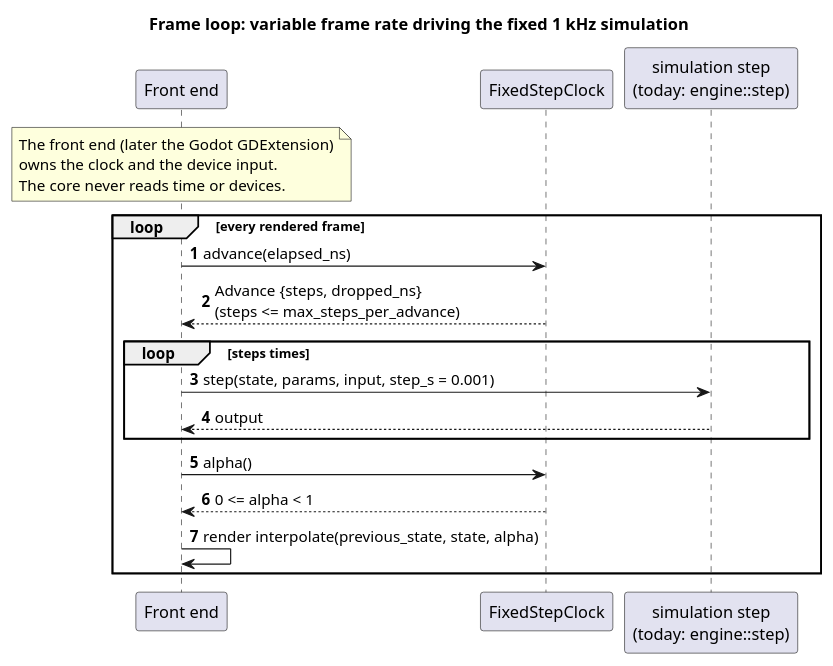
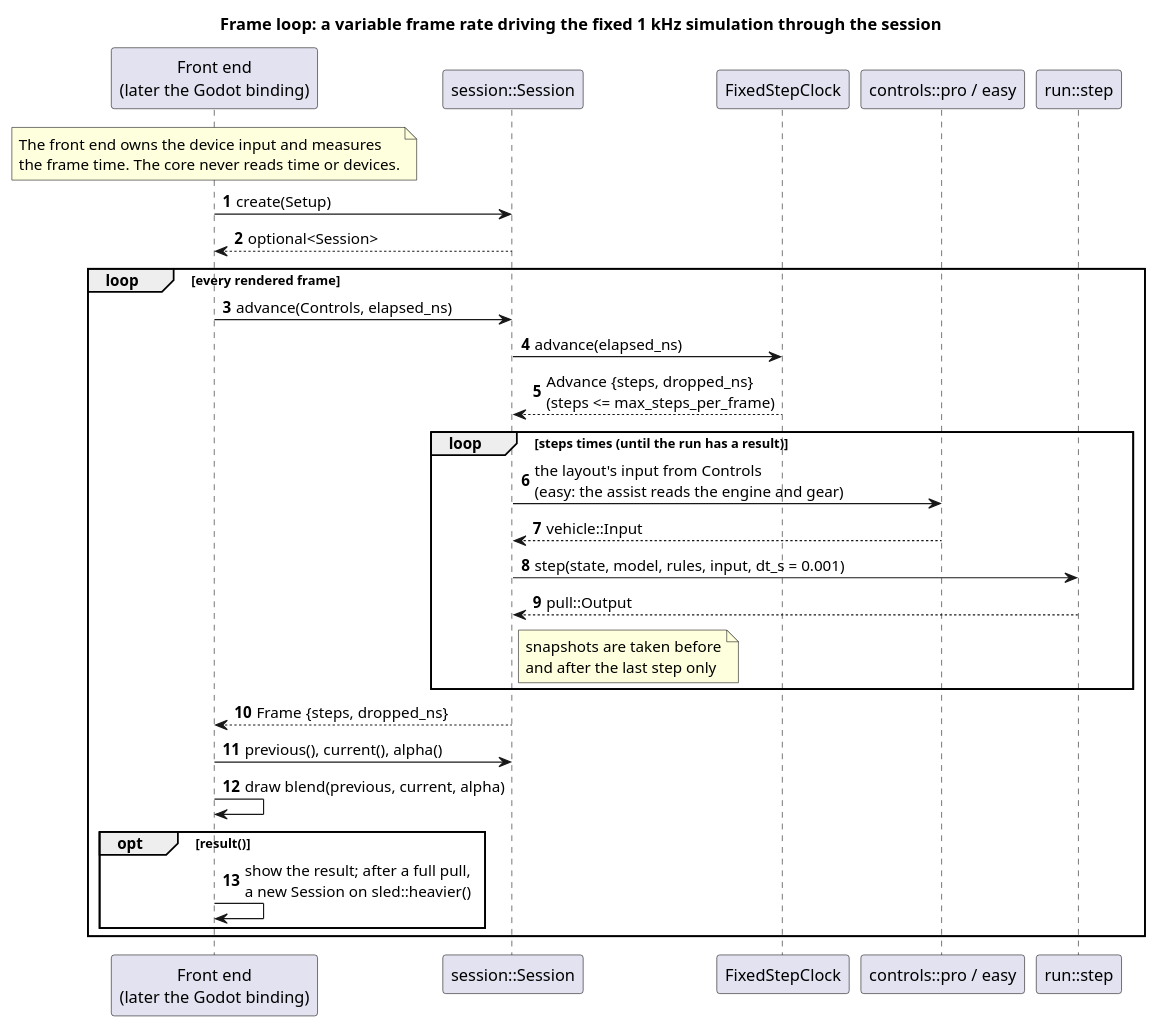
One commit to wversteeg/TractorPulling changed the diagram in docs/diagrams/frame_loop_sequence.puml. Above: the diagram before and after it, drawn with PlantUML. The commit also changed 7 other files, not shown here.

First line of the commit message:
Document the session and loading through the game

```diff
--- a/docs/diagrams/frame_loop_sequence.puml
+++ b/docs/diagrams/frame_loop_sequence.puml
@@ -1,21 +1,33 @@
 @startuml frame_loop_sequence
-title Frame loop: variable frame rate driving the fixed 1 kHz simulation
+title Frame loop: a variable frame rate driving the fixed 1 kHz simulation through the session
 autonumber
-participant "Front end" as Frontend
+participant "Front end\n(later the Godot binding)" as Frontend
+participant "session::Session" as Session
 participant "FixedStepClock" as Clock
-participant "simulation step\n(today: engine::step)" as Sim
+participant "controls::pro / easy" as Controls
+participant "run::step" as Run
 
-note over Frontend : The front end (later the Godot GDExtension)\nowns the clock and the device input.\nThe core never reads time or devices.
+note over Frontend : The front end owns the device input and measures\nthe frame time. The core never reads time or devices.
+
+Frontend -> Session : create(Setup)
+Session --> Frontend : optional<Session>
 
 loop every rendered frame
-  Frontend -> Clock : advance(elapsed_ns)
-  Clock --> Frontend : Advance {steps, dropped_ns}\n(steps <= max_steps_per_advance)
-  loop steps times
-    Frontend -> Sim : step(state, params, input, step_s = 0.001)
-    Sim --> Frontend : output
+  Frontend -> Session : advance(Controls, elapsed_ns)
+  Session -> Clock : advance(elapsed_ns)
+  Clock --> Session : Advance {steps, dropped_ns}\n(steps <= max_steps_per_frame)
+  loop steps times (until the run has a result)
+    Session -> Controls : the layout's input from Controls\n(easy: the assist reads the engine and gear)
+    Controls --> Session : vehicle::Input
+    Session -> Run : step(state, model, rules, input, dt_s = 0.001)
+    Run --> Session : pull::Output
+    note right of Session : snapshots are taken before\nand after the last step only
   end
-  Frontend -> Clock : alpha()
-  Clock --> Frontend : 0 <= alpha < 1
-  Frontend -> Frontend : render interpolate(previous_state, state, alpha)
+  Session --> Frontend : Frame {steps, dropped_ns}
+  Frontend -> Session : previous(), current(), alpha()
+  Frontend -> Frontend : draw blend(previous, current, alpha)
+  opt result()
+    Frontend -> Frontend : show the result; after a full pull,\na new Session on sled::heavier()
+  end
 end
 @enduml
```
